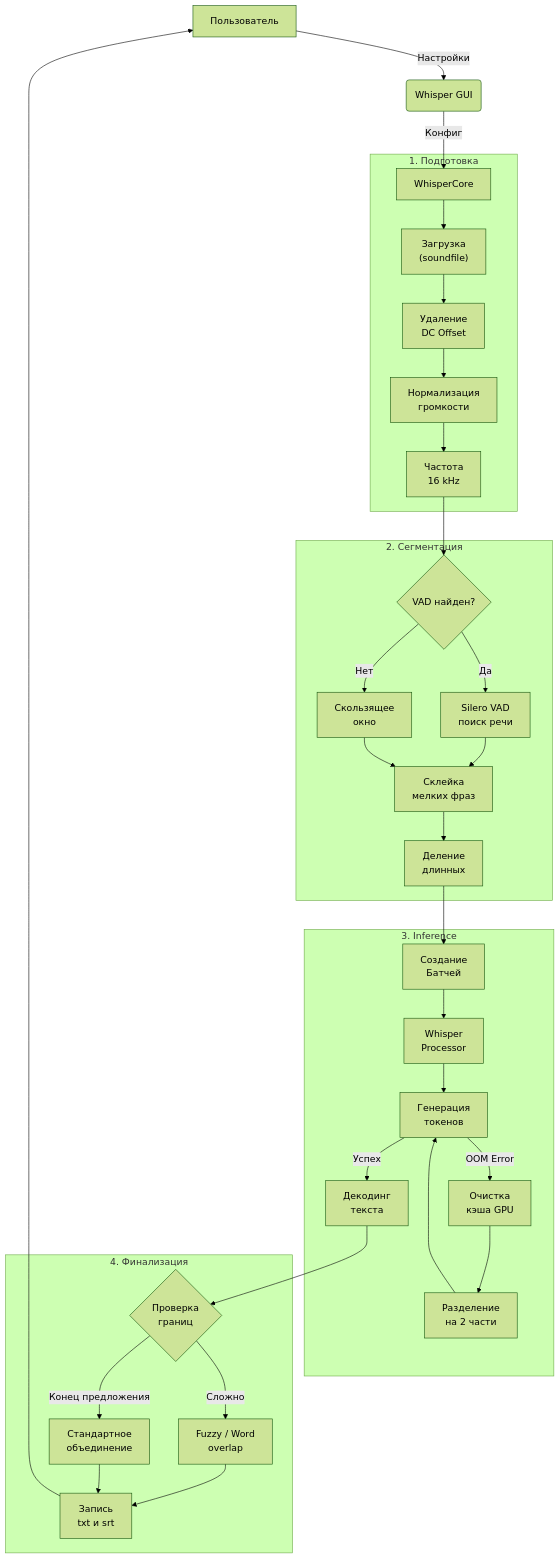
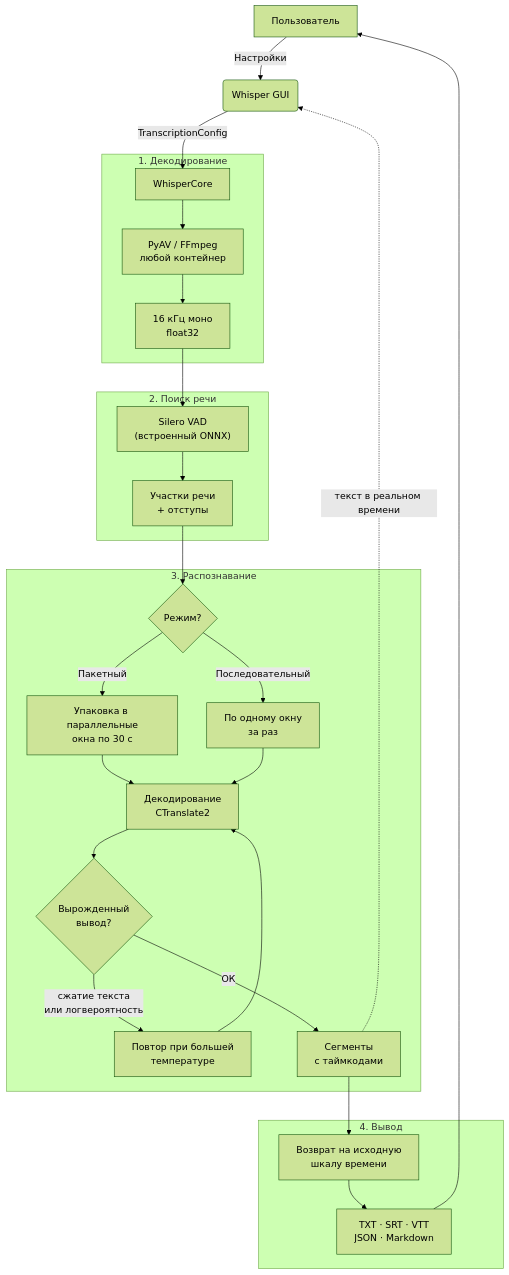
The first of 2 diagrams in README.ru.md (Anim-2022/Whisper), drawn with Mermaid (forest theme) before and after one commit. The commit also changed other lines of this file and 4 other files, not shown here.

````diff
--- a/README.ru.md
+++ b/README.ru.md
@@ -128,44 +166,35 @@
 ```mermaid
 graph TD
     A["Пользователь"] -->|"Настройки"| B("Whisper GUI")
-    B -->|"Конфиг"| C["WhisperCore"]
-    
-    subgraph step1 ["1. Подготовка"]
-        C --> D["Загрузка<br/>(soundfile)"]
-        D --> E["Удаление<br/>DC Offset"]
-        E --> F["Нормализация<br/>громкости"]
-        F --> G["Частота<br/>16 kHz"]
+    B -->|"TranscriptionConfig"| C["WhisperCore"]
+
+    subgraph step1 ["1. Декодирование"]
+        C --> D["PyAV / FFmpeg<br/>любой контейнер"]
+        D --> E["16 кГц моно<br/>float32"]
     end
-    
-    subgraph step2 ["2. Сегментация"]
-        G --> H{"VAD найден?"}
-        H -->|"Да"| I["Silero VAD<br/>поиск речи"]
-        H -->|"Нет"| J["Скользящее<br/>окно"]
-        I --> K["Склейка<br/>мелких фраз"]
+
+    subgraph step2 ["2. Поиск речи"]
+        E --> F["Silero VAD<br/>(встроенный ONNX)"]
+        F --> G["Участки речи<br/>+ отступы"]
+    end
+
+    subgraph step3 ["3. Распознавание"]
+        G --> H{"Режим?"}
+        H -->|"Пакетный"| I["Упаковка в параллельные<br/>окна по 30 с"]
+        H -->|"Последовательный"| J["По одному окну<br/>за раз"]
+        I --> K["Декодирование<br/>CTranslate2"]
         J --> K
-        K --> L["Деление<br/>длинных"]
+        K --> L{"Вырожденный<br/>вывод?"}
+        L -->|"сжатие текста<br/>или логвероятность"| M["Повтор при большей<br/>температуре"]
+        M --> K
+        L -->|"ОК"| N["Сегменты<br/>с таймкодами"]
     end
-    
-    subgraph step3 ["3. Inference"]
-        L --> M["Создание<br/>Батчей"]
-        M --> N["Whisper<br/>Processor"]
-        N --> O["Генерация<br/>токенов"]
-        
-        O -->|"OOM Error"| P["Очистка<br/>кэша GPU"]
-        P --> Q["Разделение<br/>на 2 части"]
-        Q --> O
-        
-        O -->|"Успех"| R["Декодинг<br/>текста"]
+
+    subgraph step4 ["4. Вывод"]
+        N --> O["Возврат на исходную<br/>шкалу времени"]
+        O --> P["TXT · SRT · VTT<br/>JSON · Markdown"]
     end
-    
-    subgraph step4 ["4. Финализация"]
-        R --> S{"Проверка<br/>границ"}
-        S -->|"Сложно"| T["Fuzzy / Word<br/>overlap"]
-        S -->|"Конец предложения"| U["Стандартное<br/>объединение"]
-        T --> V
-        U --> V
-        V["Запись<br/>txt и srt"]
-    end
-    
-    V --> A
+
+    P --> A
+    N -.->|"текст в реальном времени"| B
 ```
````
